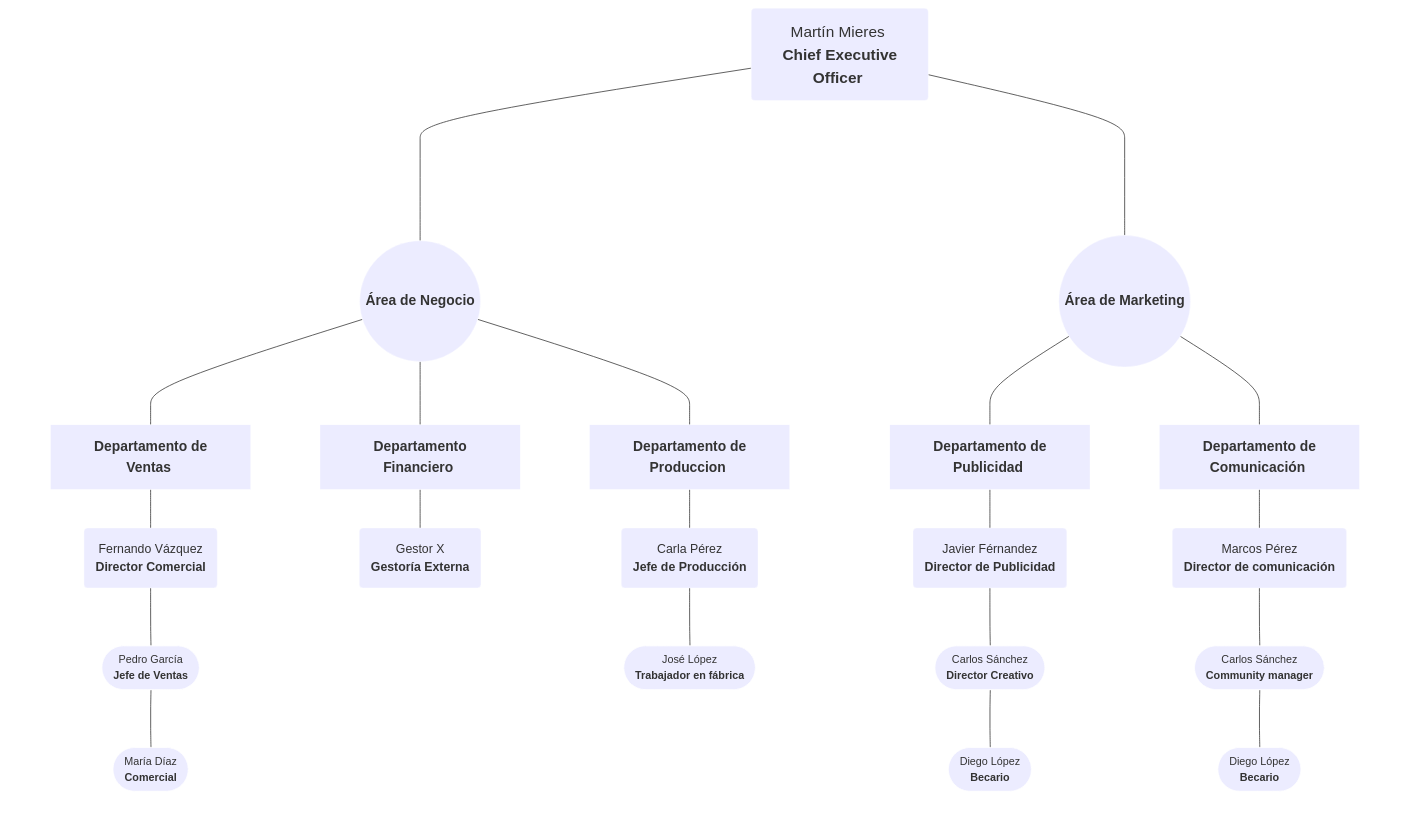
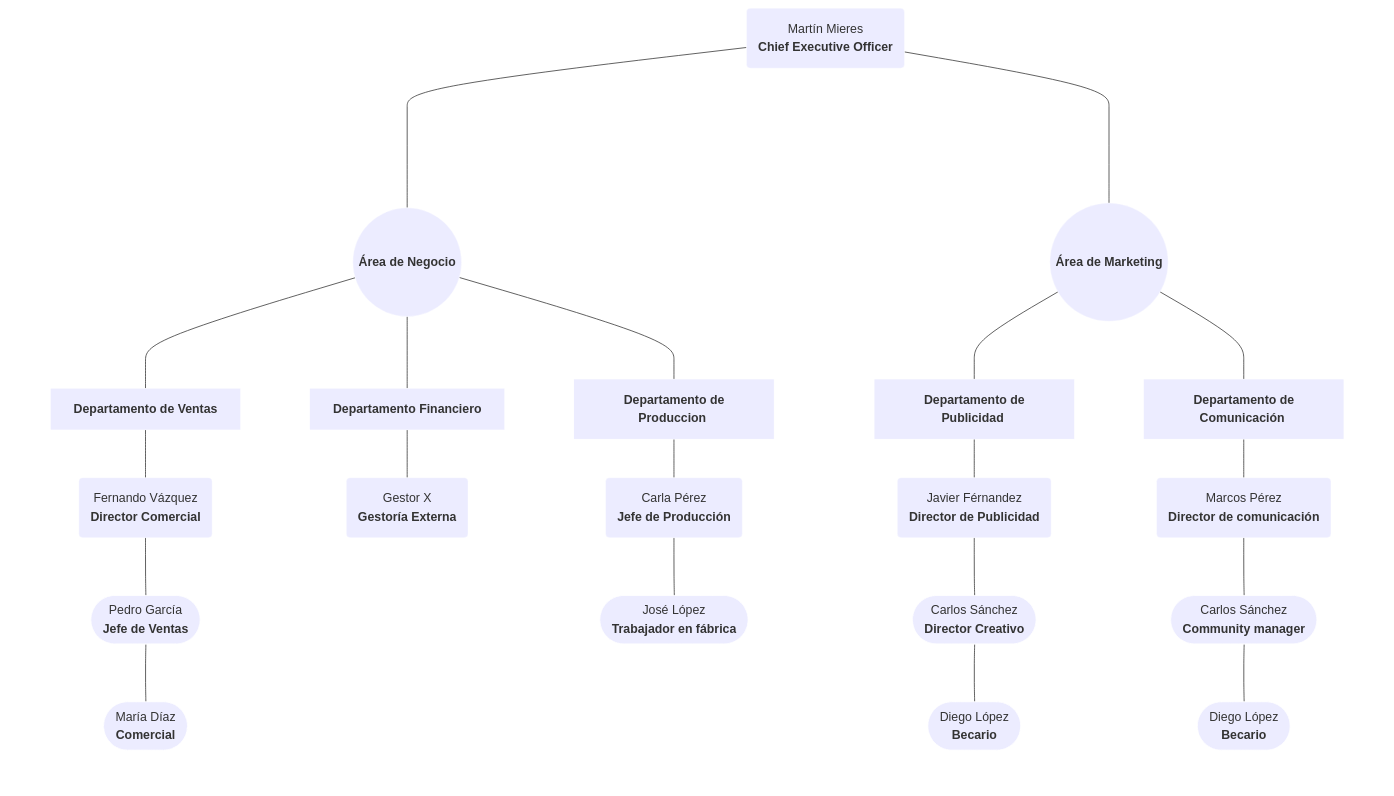
One commit to MiguelEstebanG/diagram changed the diagram in README.md. Above: the diagram before and after it, drawn with Mermaid.

```diff
--- a/README.md
+++ b/README.md
@@ -4,12 +4,12 @@
 
 graph TD;
 
-    classDef integrantes fill:#ff, stroke:#fff, stroke-width:0.5px, font-size: 20px;
+    classDef integrantes fill:#ff, stroke:#fff, stroke-width:0.5px;
     classDef departamento fill:none, stroke:none;
-    classDef area fill:#ff, stroke:#fff, stroke-width:0.5px, font-size: 18px;
-    classDef subdpto fill:#ff, stroke:#fff, stroke-width:0.5px, font-size: 18px; 
-    classDef integrantes2 fill:#ff, stroke:#fff, stroke-width:0.5px, font-size: 16px;
-    classDef integrantes3 fill:#ff, stroke:#fff, stroke-width:0.5px, font-size: 14px;
+    classDef area fill:#ff, stroke:#fff, stroke-width:0.5px;
+    classDef subdpto fill:#ff, stroke:#fff, stroke-width:0.5px; 
+    classDef integrantes2 fill:#ff, stroke:#fff, stroke-width:0.5px;
+    classDef integrantes3 fill:#ff, stroke:#fff, stroke-width:0.5px;
 
     
 
```
